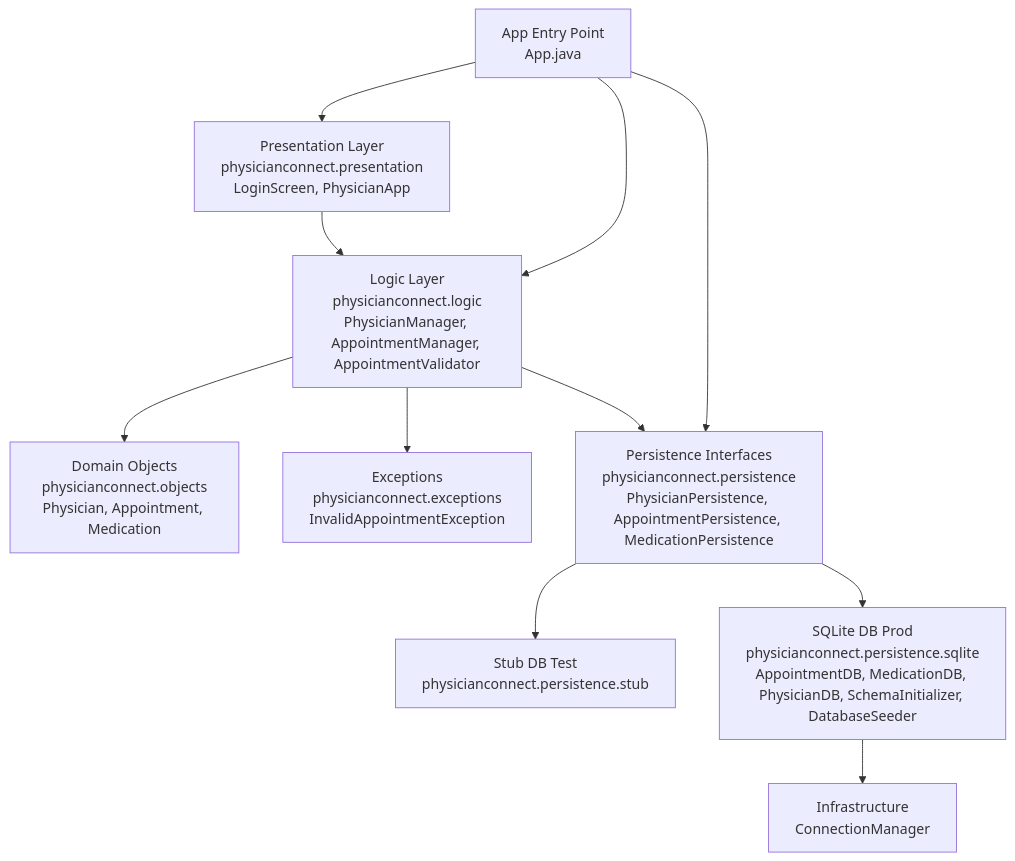
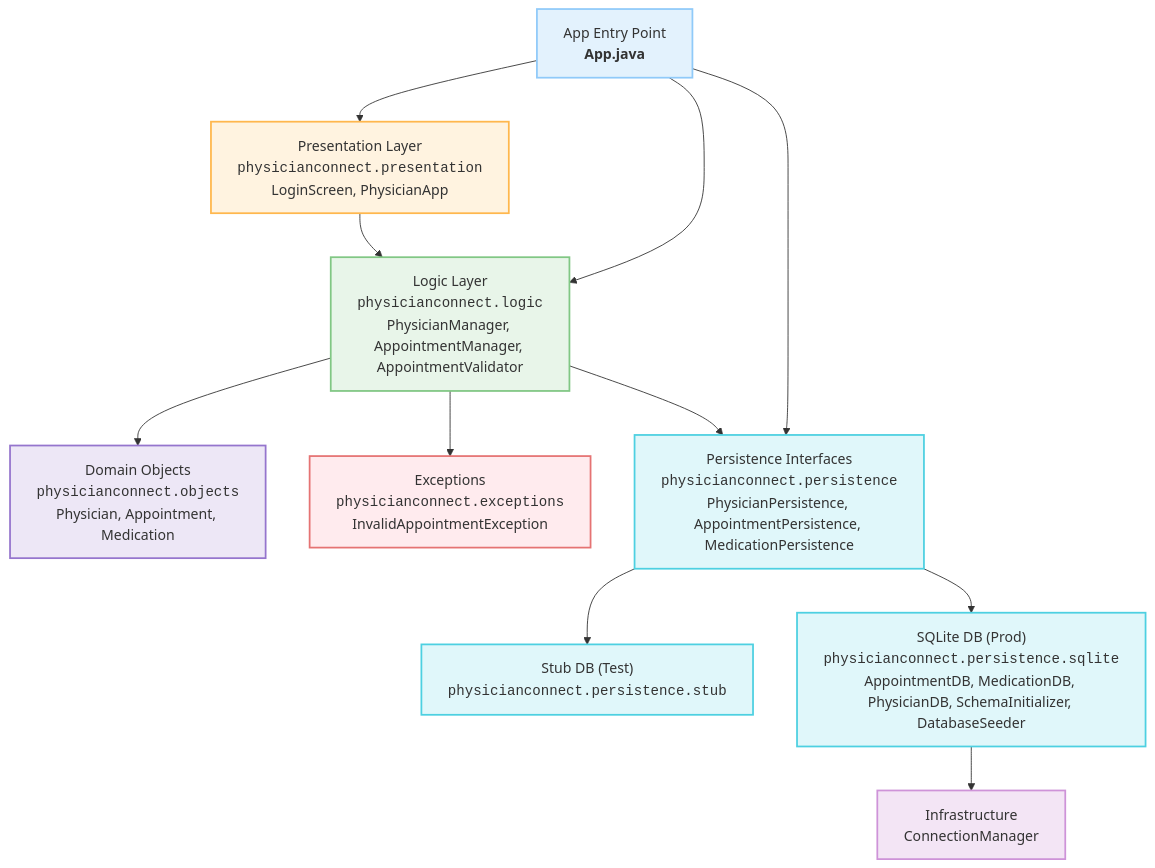
One commit to ArjunSarkar1/PhysiciansConnect changed the diagram in ARCHITECTURE.md. Above: the diagram before and after it, drawn with Mermaid.

Commit message:
Tweaked Architecture

````diff
--- a/ARCHITECTURE.md
+++ b/ARCHITECTURE.md
@@ -1,39 +1,45 @@
 ```mermaid
 flowchart TD
-    %% Presentation Layer
-    UI[Presentation Layer\nphysicianconnect.presentation\nLoginScreen, PhysicianApp]
+    %% Theme & Styling
+    classDef entryPoint fill:#e3f2fd,stroke:#90caf9,stroke-width:2px;
+    classDef presentation fill:#fff3e0,stroke:#ffb74d,stroke-width:2px;
+    classDef logic fill:#e8f5e9,stroke:#81c784,stroke-width:2px;
+    classDef domain fill:#ede7f6,stroke:#9575cd,stroke-width:2px;
+    classDef exceptions fill:#ffebee,stroke:#e57373,stroke-width:2px;
+    classDef persistence fill:#e0f7fa,stroke:#4dd0e1,stroke-width:2px;
+    classDef infra fill:#f3e5f5,stroke:#ce93d8,stroke-width:2px;
 
-    %% Logic Layer
-    LM[Logic Layer\nphysicianconnect.logic\nPhysicianManager, AppointmentManager, AppointmentValidator]
+    %% Nodes
+    MAIN["App Entry Point<br><b>App.java</b>"]:::entryPoint
 
-    %% Domain Objects
-    OBJ[Domain Objects\nphysicianconnect.objects\nPhysician, Appointment, Medication]
+    UI["Presentation Layer<br><code>physicianconnect.presentation</code><br>LoginScreen, PhysicianApp"]:::presentation
 
-    %% Exceptions
-    EXC[Exceptions\nphysicianconnect.exceptions\nInvalidAppointmentException]
+    LM["Logic Layer<br><code>physicianconnect.logic</code><br>PhysicianManager, AppointmentManager, AppointmentValidator"]:::logic
 
-    %% Persistence Interfaces and Implementations
-    PI[Persistence Interfaces\nphysicianconnect.persistence\nPhysicianPersistence, AppointmentPersistence, MedicationPersistence]
-    STUB[Stub DB Test\nphysicianconnect.persistence.stub]
-    SQLITE[SQLite DB Prod\nphysicianconnect.persistence.sqlite\nAppointmentDB, MedicationDB, PhysicianDB, SchemaInitializer, DatabaseSeeder]
+    OBJ["Domain Objects<br><code>physicianconnect.objects</code><br>Physician, Appointment, Medication"]:::domain
 
-    %% Infrastructure
-    CM[Infrastructure\nConnectionManager]
+    EXC["Exceptions<br><code>physicianconnect.exceptions</code><br>InvalidAppointmentException"]:::exceptions
 
-    %% Main Entry Point
-    MAIN[App Entry Point\nApp.java]
+    PI["Persistence Interfaces<br><code>physicianconnect.persistence</code><br>PhysicianPersistence, AppointmentPersistence, MedicationPersistence"]:::persistence
+
+    STUB["Stub DB (Test)<br><code>physicianconnect.persistence.stub</code>"]:::persistence
+
+    SQLITE["SQLite DB (Prod)<br><code>physicianconnect.persistence.sqlite</code><br>AppointmentDB, MedicationDB, PhysicianDB, SchemaInitializer, DatabaseSeeder"]:::persistence
+
+    CM["Infrastructure<br>ConnectionManager"]:::infra
 
     %% Flow Connections
     MAIN --> UI
     MAIN --> LM
     MAIN --> PI
 
     UI --> LM
     LM --> OBJ
     LM --> EXC
     LM --> PI
 
     PI --> STUB
     PI --> SQLITE
     SQLITE --> CM
+
 ```
````
